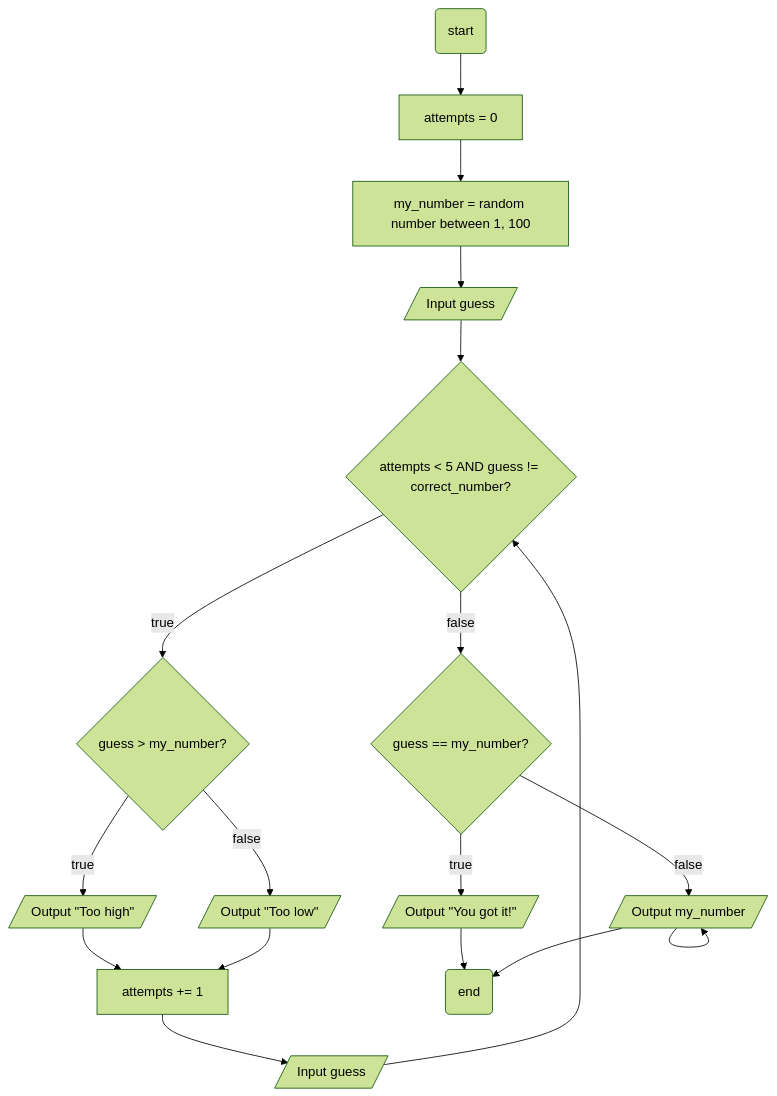
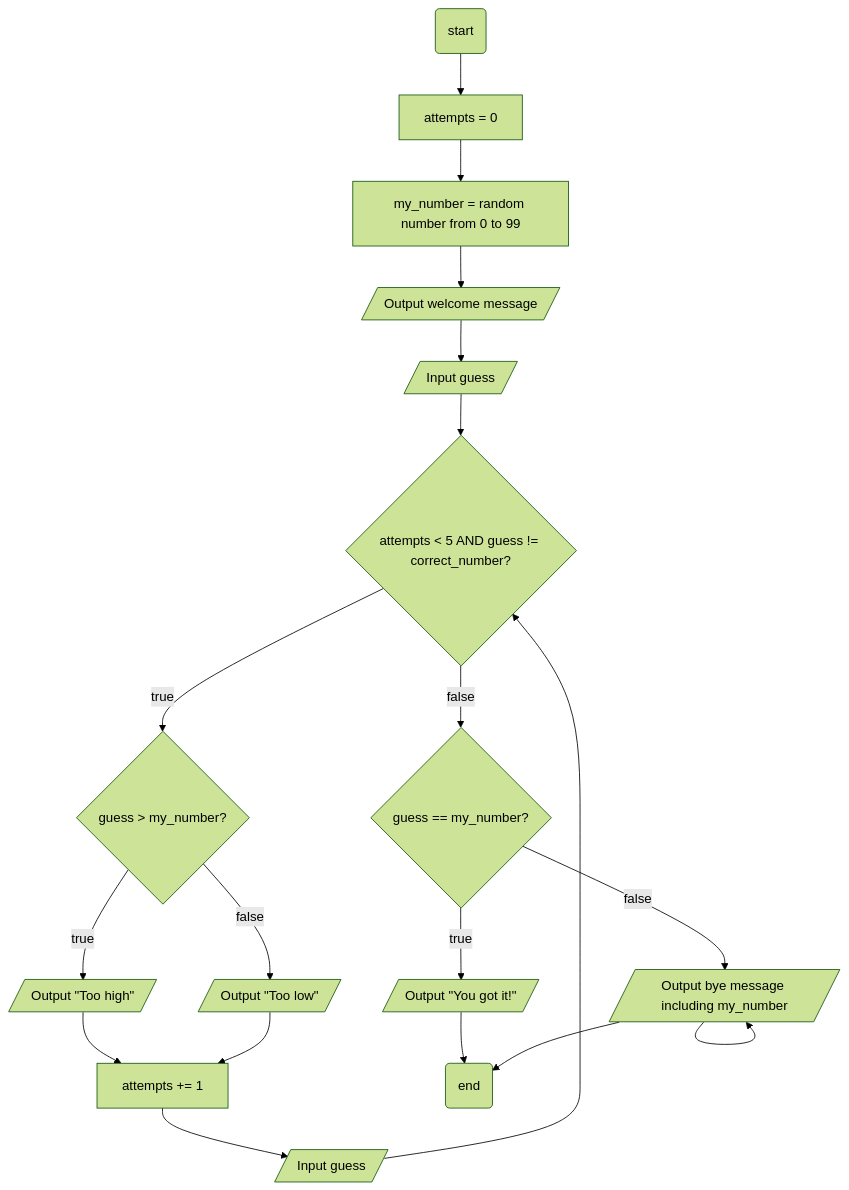
The fourth of 4 diagrams in README.md (geko-crooms/programming-concepts-test), drawn with Mermaid (forest theme) before and after one commit.

Commit message:
Update game flowchart in README.md

````diff
--- a/README.md
+++ b/README.md
@@ -66,8 +66,8 @@
 ```mermaid
 flowchart TD
-    _(start) --> init[attempts = 0] --> init2[my_number = random number between 1, 100] --> input_pre[/Input guess/] --> check{attempts < 5 AND guess != correct_number?} -- true --> gt_or_lt{guess > my_number?} -- true --> ogt[/Output "Too high"/] --> add_attempts[attempts += 1] --> input_post[/Input guess/] --> check
+    _(start) --> init[attempts = 0] --> init2[my_number = random number from 0 to 99] --> begin_msg[/Output welcome message/] --> input_pre[/Input guess/] --> check{attempts < 5 AND guess != correct_number?} -- true --> gt_or_lt{guess > my_number?} -- true --> ogt[/Output "Too high"/] --> add_attempts[attempts += 1] --> input_post[/Input guess/] --> check
     check -- false --> check2{guess == my_number?} -- true --> oc[/Output "You got it!"/] --> __(end)
     gt_or_lt -- false --> olt[/Output "Too low"/] --> add_attempts
 
-    check2 -- false --> X[/Output "Out of tries — the number was "/] --> X[/Output my_number/] -->__(end)
+    check2 -- false --> X[/Output "Out of tries — the number was "/] --> X[/Output bye message including my_number/] -->__(end)
 ```
````
